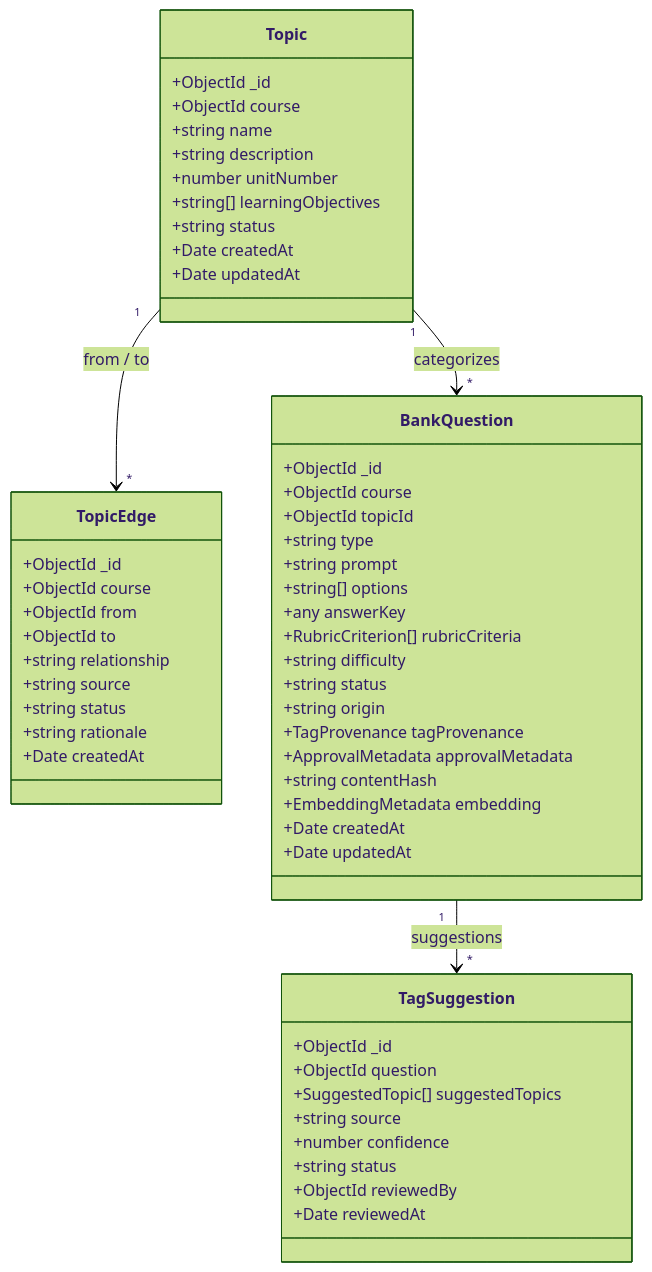
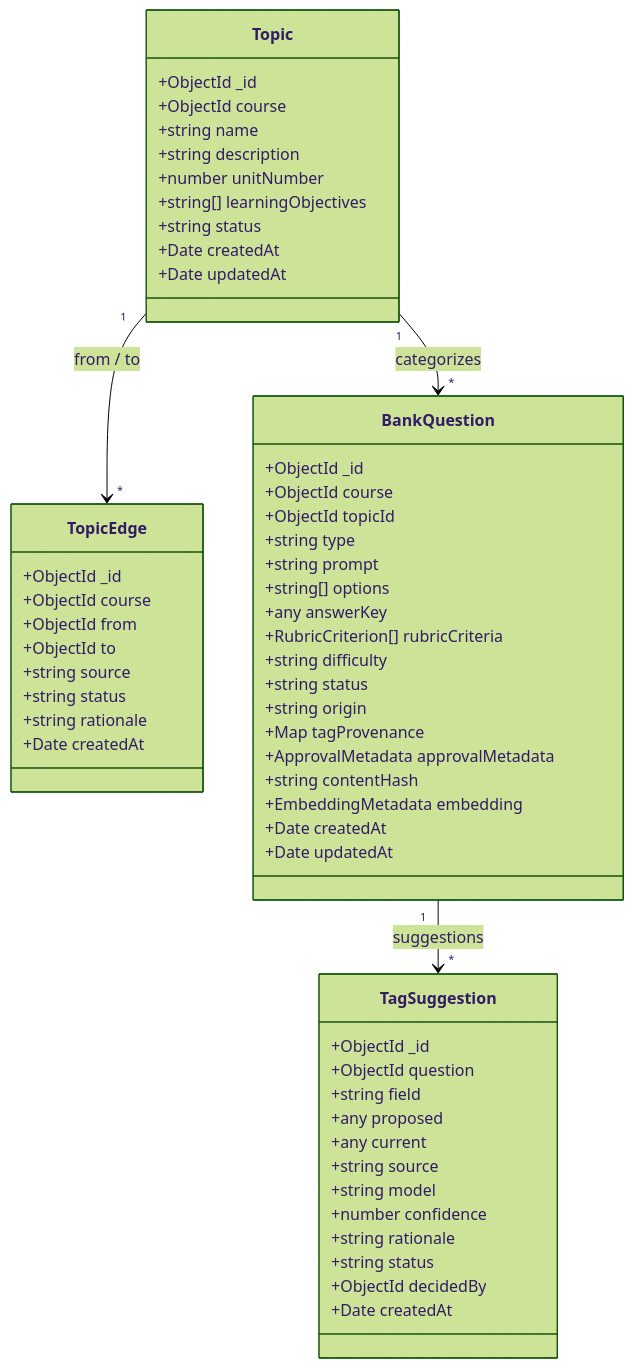
The second of 9 diagrams in docs/learning-module.md (Aarathi1535/assignment_evaluation-IIIT-Hyd), drawn with Mermaid (forest theme) before and after one commit. The commit also changed other lines of this file, not shown here.

Commit message:
docs(learning): restore exact substance of 14 questions and schemas from issue #244

````diff
--- a/docs/learning-module.md
+++ b/docs/learning-module.md
@@ -84,61 +84,64 @@
 ```mermaid
 classDiagram
     class Topic {
         +ObjectId _id
         +ObjectId course
         +string name
         +string description
         +number unitNumber
         +string[] learningObjectives
         +string status
         +Date createdAt
         +Date updatedAt
     }
 
     class TopicEdge {
         +ObjectId _id
         +ObjectId course
         +ObjectId from
         +ObjectId to
-        +string relationship
         +string source
         +string status
         +string rationale
         +Date createdAt
     }
 
     class BankQuestion {
         +ObjectId _id
         +ObjectId course
         +ObjectId topicId
         +string type
         +string prompt
         +string[] options
         +any answerKey
         +RubricCriterion[] rubricCriteria
         +string difficulty
         +string status
         +string origin
-        +TagProvenance tagProvenance
+        +Map tagProvenance
         +ApprovalMetadata approvalMetadata
         +string contentHash
         +EmbeddingMetadata embedding
         +Date createdAt
         +Date updatedAt
     }
 
     class TagSuggestion {
         +ObjectId _id
         +ObjectId question
-        +SuggestedTopic[] suggestedTopics
+        +string field
+        +any proposed
+        +any current
         +string source
+        +string model
         +number confidence
+        +string rationale
         +string status
-        +ObjectId reviewedBy
-        +Date reviewedAt
+        +ObjectId decidedBy
+        +Date createdAt
     }
 
     Topic "1" --> "*" TopicEdge : from / to
     Topic "1" --> "*" BankQuestion : categorizes
     BankQuestion "1" --> "*" TagSuggestion : suggestions
 ```
````
